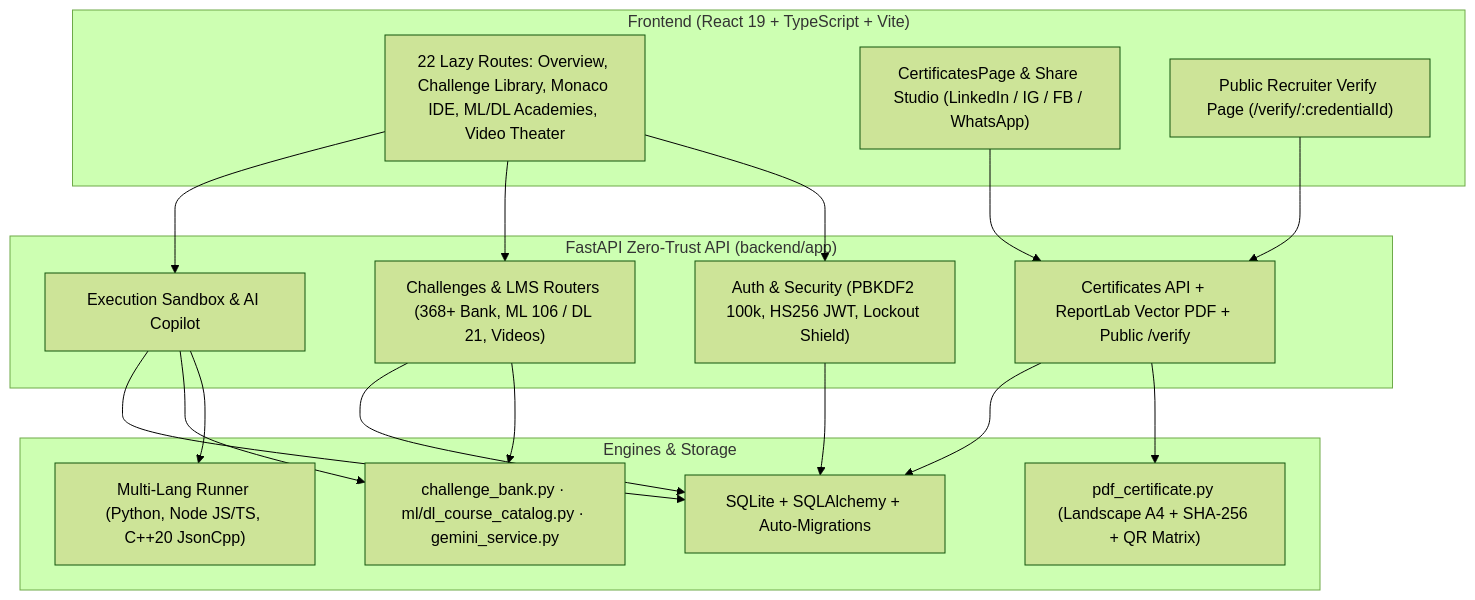
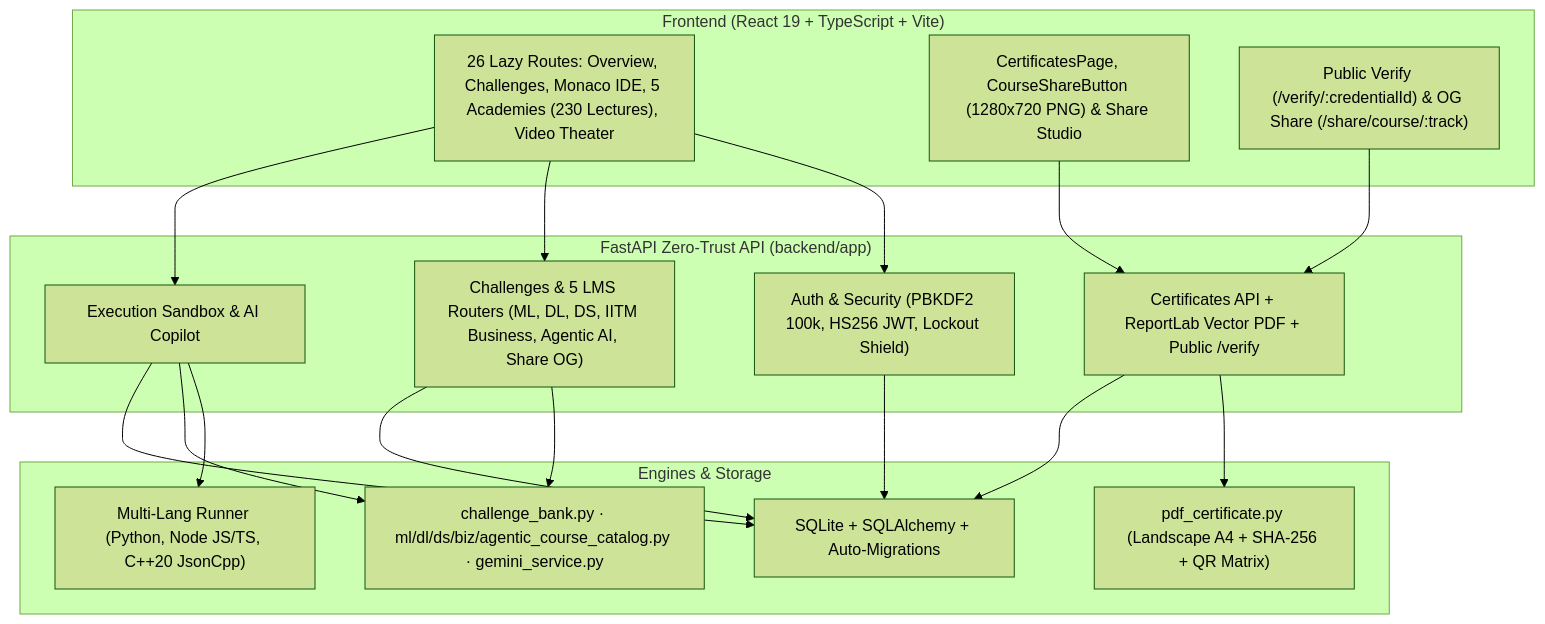
The first of 3 diagrams in README.md (Ranjeet7680/AI-Powered-Coding-Challenge-Developer-Assessment-Platform), drawn with Mermaid (forest theme) before and after one commit. The commit also changed other lines of this file and 36 other files, not shown here.

Commit message:
feat(lms,share,docs): add DS, IITM Business & Agentic AI tracks with course thumbnail share and update wiki

````diff
--- a/README.md
+++ b/README.md
@@ -49,31 +49,31 @@
 ```mermaid
 flowchart TB
   subgraph Client["Frontend (React 19 + TypeScript + Vite)"]
-    UI["22 Lazy Routes: Overview, Challenge Library, Monaco IDE, ML/DL Academies, Video Theater"]
-    CertUI["CertificatesPage & Share Studio (LinkedIn / IG / FB / WhatsApp)"]
-    VerifyUI["Public Recruiter Verify Page (/verify/:credentialId)"]
+    UI["26 Lazy Routes: Overview, Challenges, Monaco IDE, 5 Academies (230 Lectures), Video Theater"]
+    CertUI["CertificatesPage, CourseShareButton (1280x720 PNG) & Share Studio"]
+    VerifyUI["Public Verify (/verify/:credentialId) & OG Share (/share/course/:track)"]
   end
 
   subgraph Backend["FastAPI Zero-Trust API (backend/app)"]
     Auth["Auth & Security (PBKDF2 100k, HS256 JWT, Lockout Shield)"]
-    BankAPI["Challenges & LMS Routers (368+ Bank, ML 106 / DL 21, Videos)"]
+    BankAPI["Challenges & 5 LMS Routers (ML, DL, DS, IITM Business, Agentic AI, Share OG)"]
     ExecAPI["Execution Sandbox & AI Copilot"]
     CertAPI["Certificates API + ReportLab Vector PDF + Public /verify"]
   end
 
   subgraph Core["Engines & Storage"]
     Runner["Multi-Lang Runner (Python, Node JS/TS, C++20 JsonCpp)"]
-    Bank["challenge_bank.py · ml/dl_course_catalog.py · gemini_service.py"]
+    Bank["challenge_bank.py · ml/dl/ds/biz/agentic_course_catalog.py · gemini_service.py"]
     PDFGen["pdf_certificate.py (Landscape A4 + SHA-256 + QR Matrix)"]
     SQLite["SQLite + SQLAlchemy + Auto-Migrations"]
   end
 
   UI --> Auth & BankAPI & ExecAPI
   CertUI --> CertAPI
   VerifyUI --> CertAPI
 
   Auth --> SQLite
   BankAPI --> Bank & SQLite
   ExecAPI --> Runner & Bank & SQLite
   CertAPI --> PDFGen & SQLite
 ```
````
